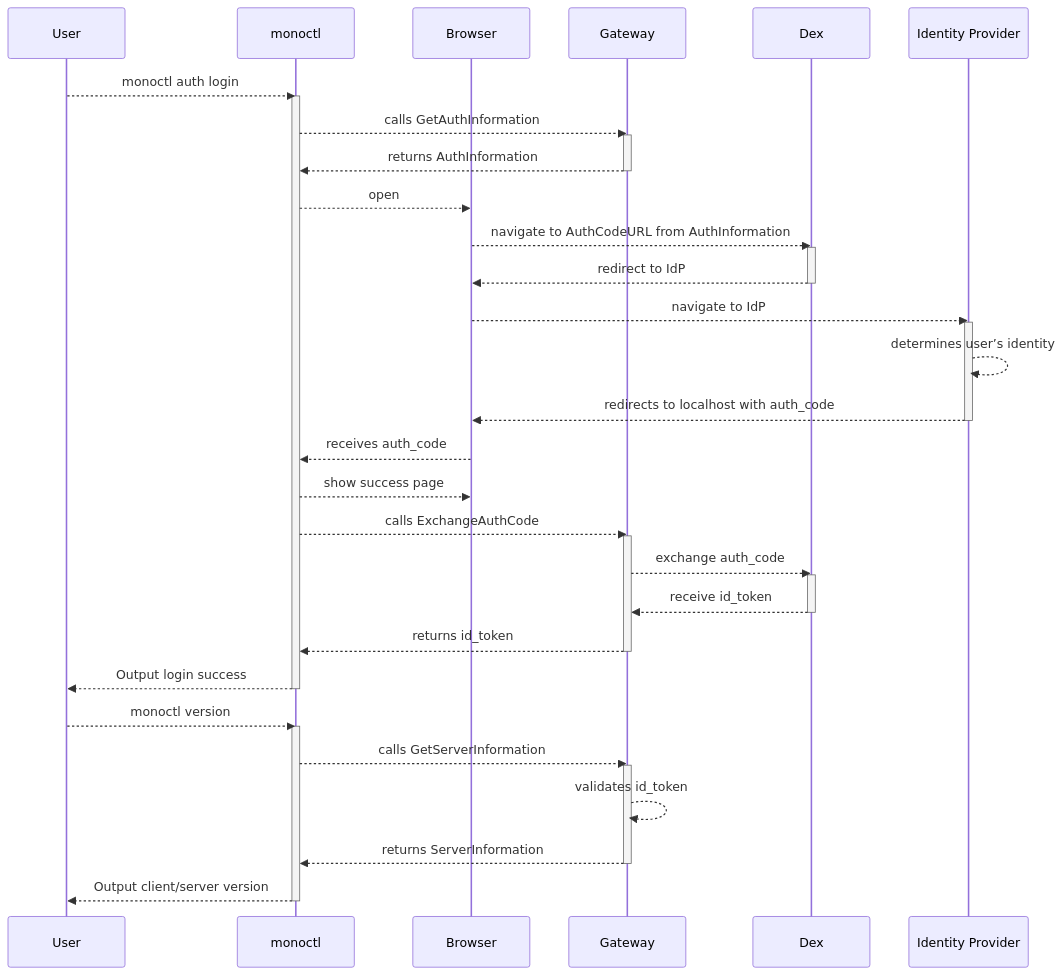
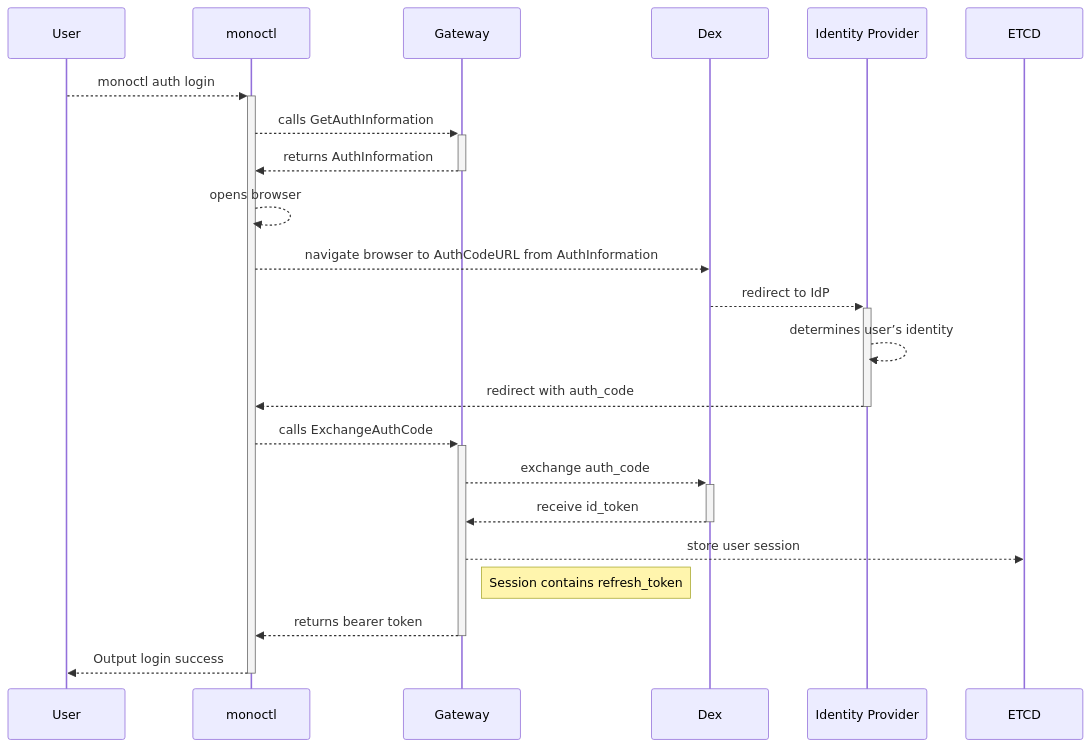
Before and after one commit to finleap-connect/monoskope: the diagram in docs/flow-charts/sd-monoctl-auth.mmd, drawn with Mermaid. The commit also changed 1 other file, not shown here.

Commit message:
Update flow charts

```diff
--- a/docs/flow-charts/sd-monoctl-auth.mmd
+++ b/docs/flow-charts/sd-monoctl-auth.mmd
@@ -1,44 +1,22 @@
 sequenceDiagram
     participant U as User
     participant M as monoctl
-    participant B as Browser
     participant G as Gateway
     participant D as Dex
     participant I as Identity Provider
-    U-->>M: monoctl auth login
-    activate M
-    M-->>G: calls GetAuthInformation
-    activate G
-    G-->>M: returns AuthInformation
-    deactivate G
-    M-->>B: open
-    B-->>D: navigate to AuthCodeURL from AuthInformation
-    activate D
-    D-->>B: redirect to IdP
-    deactivate D
-    B-->>I: navigate to IdP
-    activate I
+    participant E as ETCD
+    U-->>+M: monoctl auth login
+    M-->>+G: calls GetAuthInformation
+    G-->>-M: returns AuthInformation
+    M-->>M: opens browser
+    M-->>D: navigate browser to AuthCodeURL from AuthInformation
+    D-->>+I: redirect to IdP
     I-->>I: determines user’s identity
-    I-->>B: redirects to localhost with auth_code
-    deactivate I
-    B-->>M: receives auth_code
-    M-->>B: show success page
-    M-->>G: calls ExchangeAuthCode
-    activate G
-    G-->>D: exchange auth_code
-    activate D
-    D-->>G: receive id_token
-    deactivate D
-    G-->>M: returns id_token
-    deactivate G
-    M-->>U: Output login success
-    deactivate M
-    U-->>M: monoctl version
-    activate M
-    M-->>G: calls GetServerInformation
-    activate G
-    G-->>G: validates id_token
-    G-->>M: returns ServerInformation
-    deactivate G
-    M-->>U: Output client/server version
-    deactivate M
+    I-->>-M: redirect with auth_code
+    M-->>+G: calls ExchangeAuthCode
+    G-->>+D: exchange auth_code
+    D-->>-G: receive id_token
+    G-->>E: store user session
+    Note right of G: Session contains refresh_token
+    G-->>-M: returns bearer token
+    M-->>-U: Output login success
```
